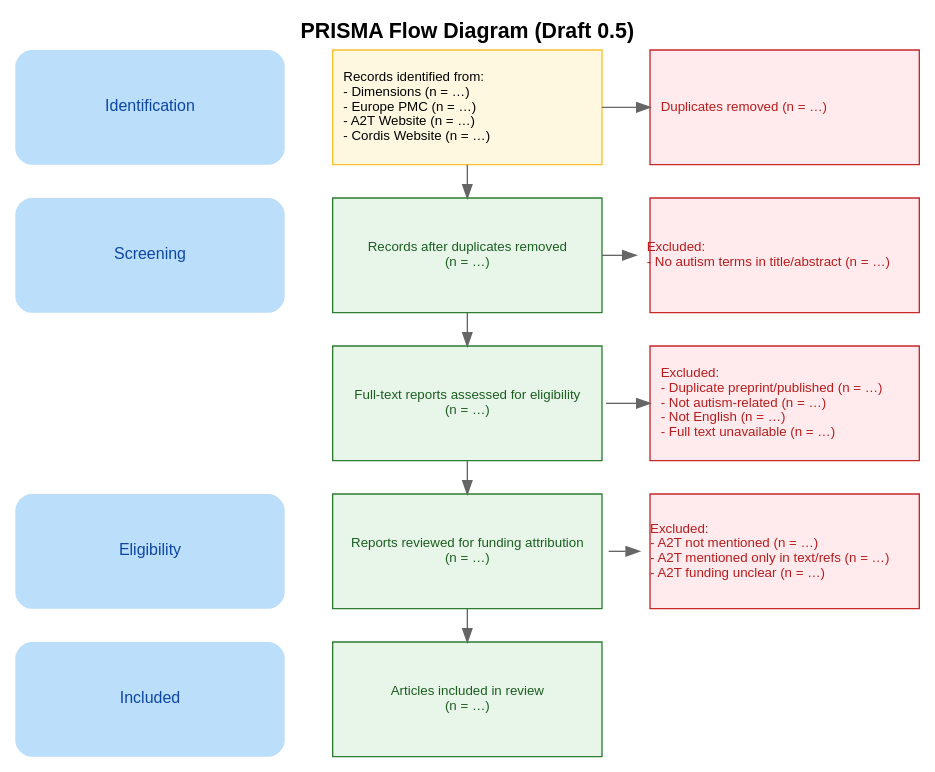
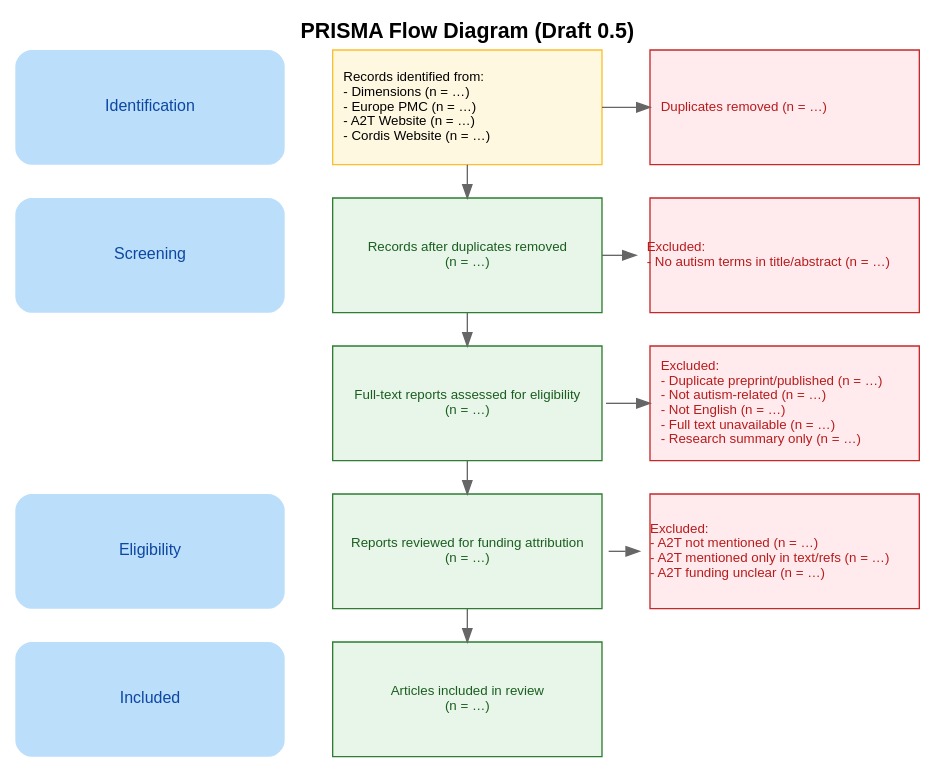
Before and after one commit to cedric-detienne/Autistic-participatory-metrics: the diagram in corpus/AIMS-2-TRIALS/protocol/prisma_diagram/prisma_diagram.dot, drawn with Graphviz.

```diff
--- a/corpus/AIMS-2-TRIALS/protocol/prisma_diagram/prisma_diagram.dot
+++ b/corpus/AIMS-2-TRIALS/protocol/prisma_diagram/prisma_diagram.dot
@@ -1,60 +1,60 @@
 digraph PRISMA2020 {
   /* ── Global settings ─────────────────────────────────────────────── */
   rankdir = TB
   labelloc = "t"
   label = "PRISMA Flow Diagram (Draft 0.5)"
   fontsize = 16
   fontname = "Helvetica-Bold"
 
   nodesep = 0.5
   ranksep = 0.35
 
   node [shape=box, fontname="Helvetica", fontsize=10, style=filled, width=2.8, fixedsize=true, height=1.2]
   edge [color=gray40]
 
   /* ── Main flow nodes (green) ─────────────────────────────────────── */
   R1  [label="Records identified from:\l- Dimensions (n = …)\l- Europe PMC (n = …)\l- A2T Website (n = …)\l- Cordis Website (n = …)\l", fillcolor="#fff8e1", color="#fbc02d"];
   R2  [label="Records after duplicates removed\n(n = …)",                    fillcolor="#e8f5e9", color="#2e7d32", fontcolor="#1b5e20"];
   R3  [label="Full‑text reports assessed for eligibility\n(n = …)",          fillcolor="#e8f5e9", color="#2e7d32", fontcolor="#1b5e20"];
   R4  [label="Reports reviewed for funding attribution\n(n = …)",                   fillcolor="#e8f5e9", color="#2e7d32", fontcolor="#1b5e20"];
   R5  [label="Articles included in review\n(n = …)",                         fillcolor="#e8f5e9", color="#2e7d32", fontcolor="#1b5e20"];
 
   /* ── Exclusion blocks (red) ──────────────────────────────────────── */
   X1 [label="Duplicates removed (n = …)\l",                                       fillcolor="#ffebee", color="#c62828", fontcolor="#b71c1c"];
   X2 [label="Excluded:\l- No autism terms in title/abstract (n = …)\l",          fillcolor="#ffebee", color="#c62828", fontcolor="#b71c1c"];
-  X3 [label="Excluded:\l- Duplicate preprint/published (n = …)\l- Not autism‑related (n = …)\l- Not English (n = …)\l- Full text unavailable (n = …)\l", fillcolor="#ffebee", color="#c62828", fontcolor="#b71c1c"];
+  X3 [label="Excluded:\l- Duplicate preprint/published (n = …)\l- Not autism‑related (n = …)\l- Not English (n = …)\l- Full text unavailable (n = …)\l- Research summary only (n = …)\l", fillcolor="#ffebee", color="#c62828", fontcolor="#b71c1c"];
   X4 [label="Excluded:\l- A2T not mentioned (n = …)\l- A2T mentioned only in text/refs (n = …)\l- A2T funding unclear (n = …)\l", fillcolor="#ffebee", color="#c62828", fontcolor="#b71c1c"];
 
   /* ── Phase labels (blue, plaintext) ─────────────────────────────── */
   node [shape=plaintext, fontname="Helvetica", fontsize=12,
         fillcolor="#bbdefb", style="rounded,filled", color="#0d47a1", fontcolor="#0d47a1"]
   L1 [label="Identification"];
   L2 [label="Screening"];
   L3 [label="Eligibility"];
   L4 [label="Included"];
 
   /* ── Rank alignments ─────────────────────────────────────────────── */
   { rank=same; L1; R1; X1 }
   { rank=same;  L2;    R2; X2 }
   { rank=same;    R3; X3 }
   { rank=same; L3;   R4; X4 }
   { rank=same; L4;   R5 }
 
   /* ── Main flow arrows ───────────────────────────────────────────── */
   R1 -> R2
   R2 -> R3
   R3 -> R4
   R4 -> R5
 
   /* ── Exclusion arrows (visible) ─────────────────────────────────── */
   R1:e -> X1:w
   R2:e -> X2:w
   R3:e -> X3:w
   R4:e -> X4:w
 
   /* ── Invisible edges to align phase labels ──────────────────────── */
   L1 -> R1 [style=invis]
   L2 -> R2 [style=invis]
   L3 -> R4 [style=invis]
   L4 -> R5 [style=invis]
 }
```
